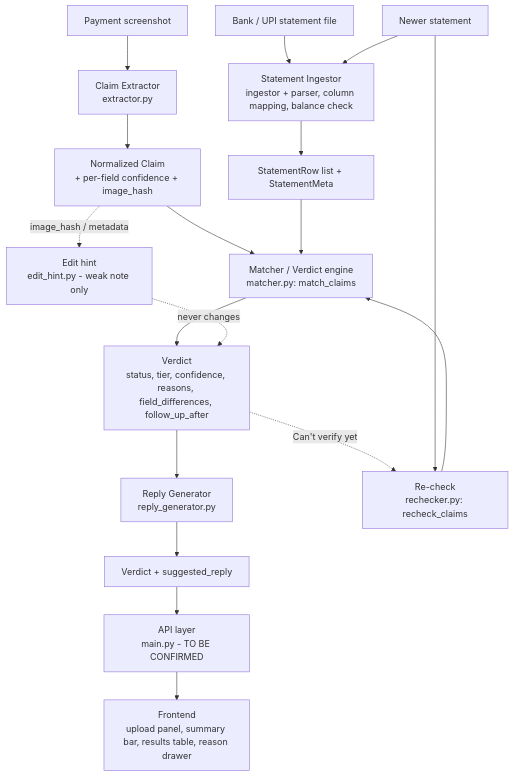
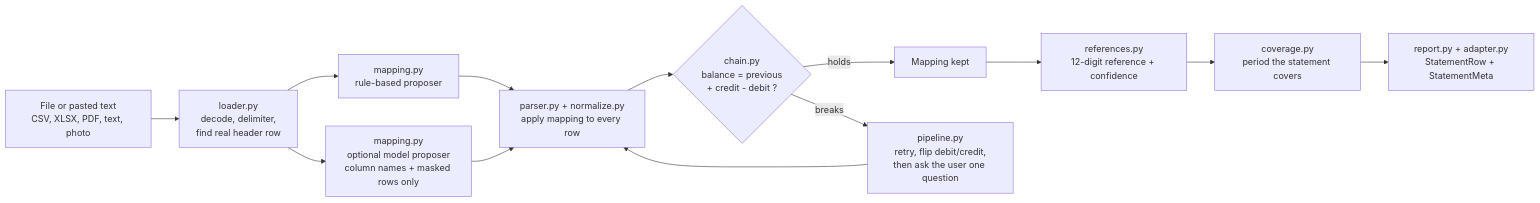
Before and after one commit to Zunairah-k/PayZen: the third of 6 diagrams in docs/ARCHITECTURE.md, drawn with Mermaid. The commit also changed other lines of this file and 30 other files, not shown here.

````diff
--- a/docs/ARCHITECTURE.md
+++ b/docs/ARCHITECTURE.md
@@ -5,20 +116,15 @@
 ```mermaid
-flowchart TD
-    S[Payment screenshot] --> E[Claim Extractor<br/>extractor.py]
-    E --> C[Normalized Claim<br/>+ per-field confidence + image_hash]
-    B[Bank / UPI statement file] --> I[Statement Ingestor<br/>ingestor + parser, column mapping, balance check]
-    I --> R[StatementRow list + StatementMeta]
-    C --> M[Matcher / Verdict engine<br/>matcher.py: match_claims]
-    R --> M
-    M --> V[Verdict<br/>status, tier, confidence, reasons, field_differences, follow_up_after]
-    V --> G[Reply Generator<br/>reply_generator.py]
-    G --> V2[Verdict + suggested_reply]
-    V2 --> A[API layer<br/>main.py - TO BE CONFIRMED]
-    A --> F[Frontend<br/>upload panel, summary bar, results table, reason drawer]
-    N[Newer statement] --> I
-    V -. Can't verify yet .-> RC[Re-check<br/>rechecker.py: recheck_claims]
-    N --> RC
-    RC --> M
-    C -. image_hash / metadata .-> H[Edit hint<br/>edit_hint.py - weak note only]
-    H -. never changes .-> V
+flowchart LR
+  F["File or pasted text<br/>CSV, XLSX, PDF, text, photo"] --> L["loader.py<br/>decode, delimiter,<br/>find real header row"]
+  L --> P1["mapping.py<br/>rule-based proposer"]
+  L --> P2["mapping.py<br/>optional model proposer<br/>column names + masked rows only"]
+  P1 --> PA["parser.py + normalize.py<br/>apply mapping to every row"]
+  P2 --> PA
+  PA --> CH{"chain.py<br/>balance = previous<br/>+ credit - debit ?"}
+  CH -- holds --> OK["Mapping kept"]
+  CH -- breaks --> RT["pipeline.py<br/>retry, flip debit/credit,<br/>then ask the user one question"]
+  RT --> PA
+  OK --> RF["references.py<br/>12-digit reference + confidence"]
+  RF --> CV["coverage.py<br/>period the statement covers"]
+  CV --> RP["report.py + adapter.py<br/>StatementRow + StatementMeta"]
 ```
````
